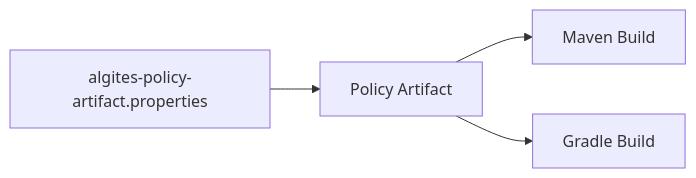
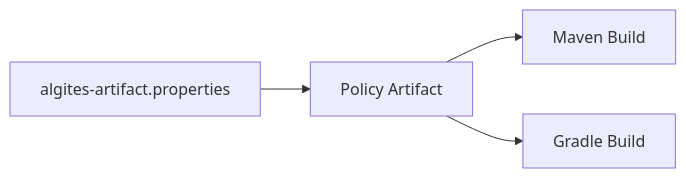
One commit to Algites-EU/pub.gov.Algites.devops changed the fifth of 5 diagrams in specs/Algites-Development-Structure-Specification.md. Above: the diagram before and after it, drawn with Mermaid. The commit also changed other lines of this file and 40 other files, not shown here.

````diff
--- a/specs/Algites-Development-Structure-Specification.md
+++ b/specs/Algites-Development-Structure-Specification.md
@@ -931,7 +931,7 @@
 ```mermaid
 flowchart LR
-    SRC[algites-policy-artifact.properties]
+    SRC[algites-artifact.properties]
     SRC --> POL2[Policy Artifact]
     POL2 --> MVN[Maven Build]
     POL2 --> GRD[Gradle Build]
 ```
````
